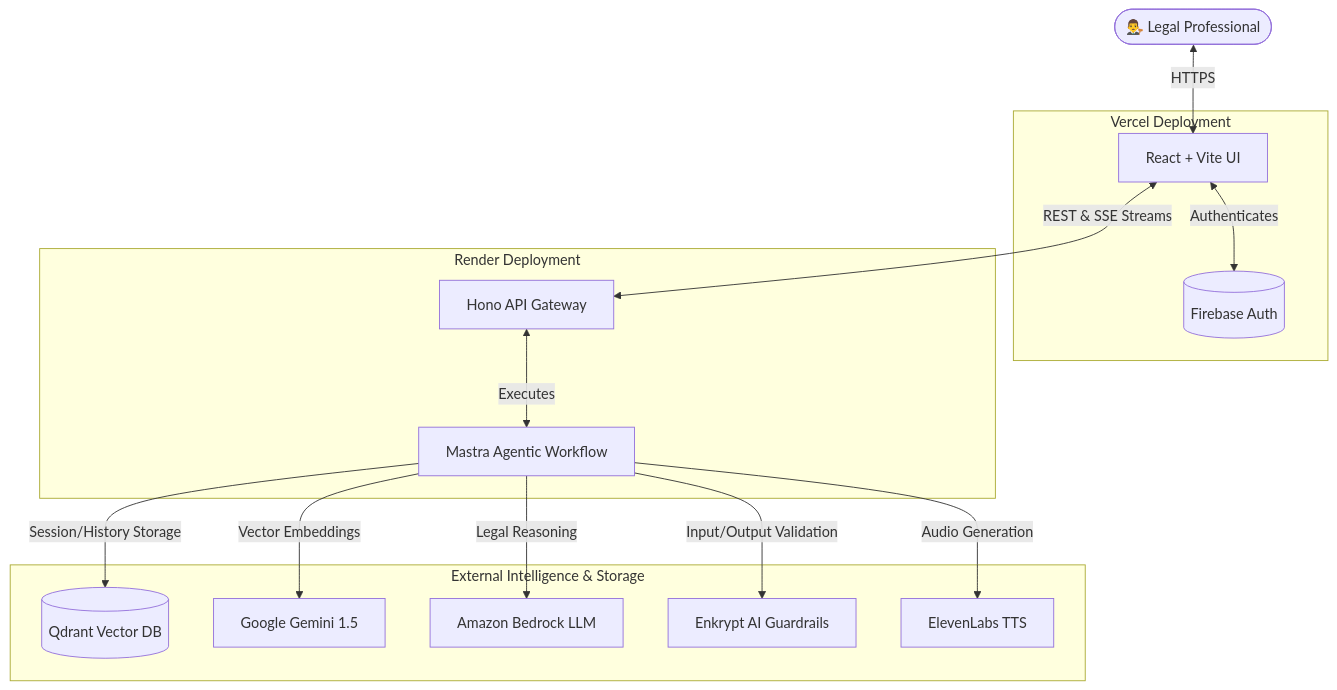
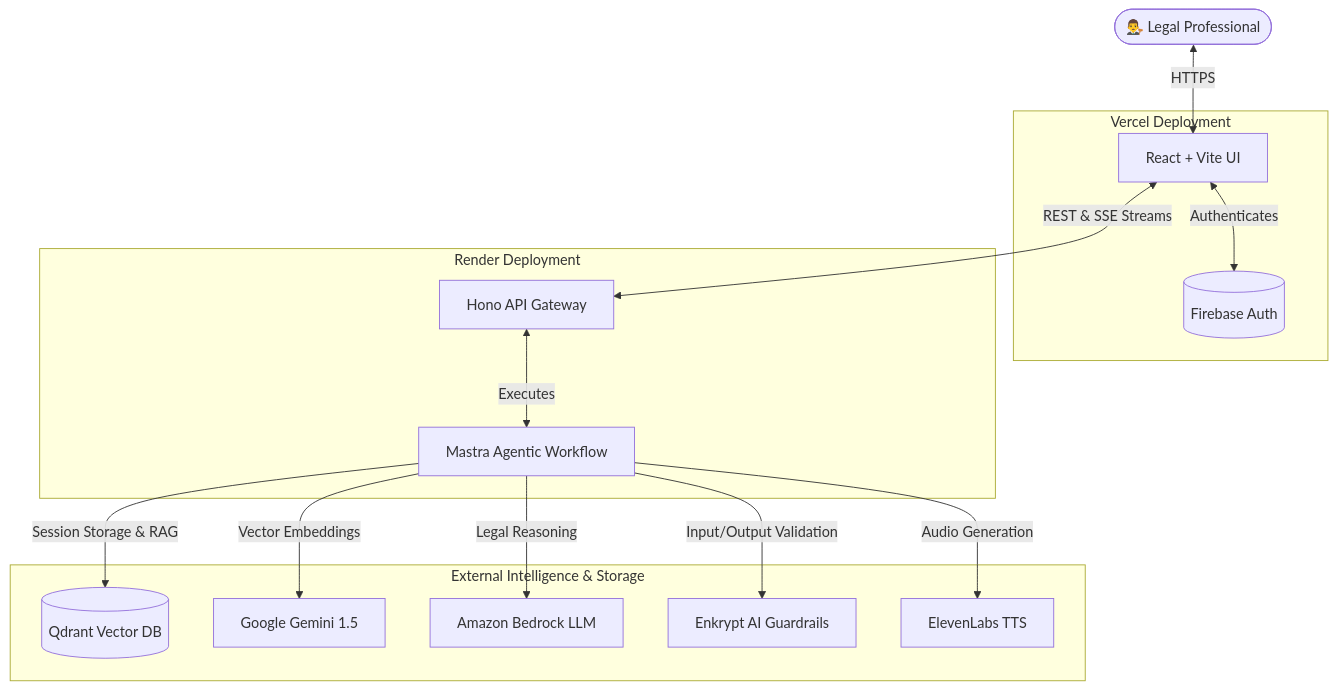
One commit to KISHORE0709-LEO/LexAgent changed the fourth of 4 diagrams in README.md. Above: the diagram before and after it, drawn with Mermaid. The commit also changed other lines of this file, not shown here.

Commit message:
docs: deeply expand README with hackathon-specific tech sections and diagrams

````diff
--- a/README.md
+++ b/README.md
@@ -40,33 +110,33 @@
 ```mermaid
 graph TD
     User([👨‍⚖️ Legal Professional])
     
     subgraph Frontend [Vercel Deployment]
         UI[React + Vite UI]
         Auth[(Firebase Auth)]
     end
     
     subgraph Backend [Render Deployment]
         API[Hono API Gateway]
         Mastra[Mastra Agentic Workflow]
     end
     
     subgraph External Intelligence & Storage
         Qdrant[(Qdrant Vector DB)]
         Gemini[Google Gemini 1.5]
         Bedrock[Amazon Bedrock LLM]
         Enkrypt[Enkrypt AI Guardrails]
         ElevenLabs[ElevenLabs TTS]
     end
 
     User <-->|HTTPS| UI
     UI <-->|Authenticates| Auth
     UI <-->|REST & SSE Streams| API
     
     API <-->|Executes| Mastra
-    Mastra -->|Session/History Storage| Qdrant
+    Mastra -->|Session Storage & RAG| Qdrant
     Mastra -->|Vector Embeddings| Gemini
     Mastra -->|Legal Reasoning| Bedrock
     Mastra -->|Input/Output Validation| Enkrypt
     Mastra -->|Audio Generation| ElevenLabs
 ```
````
